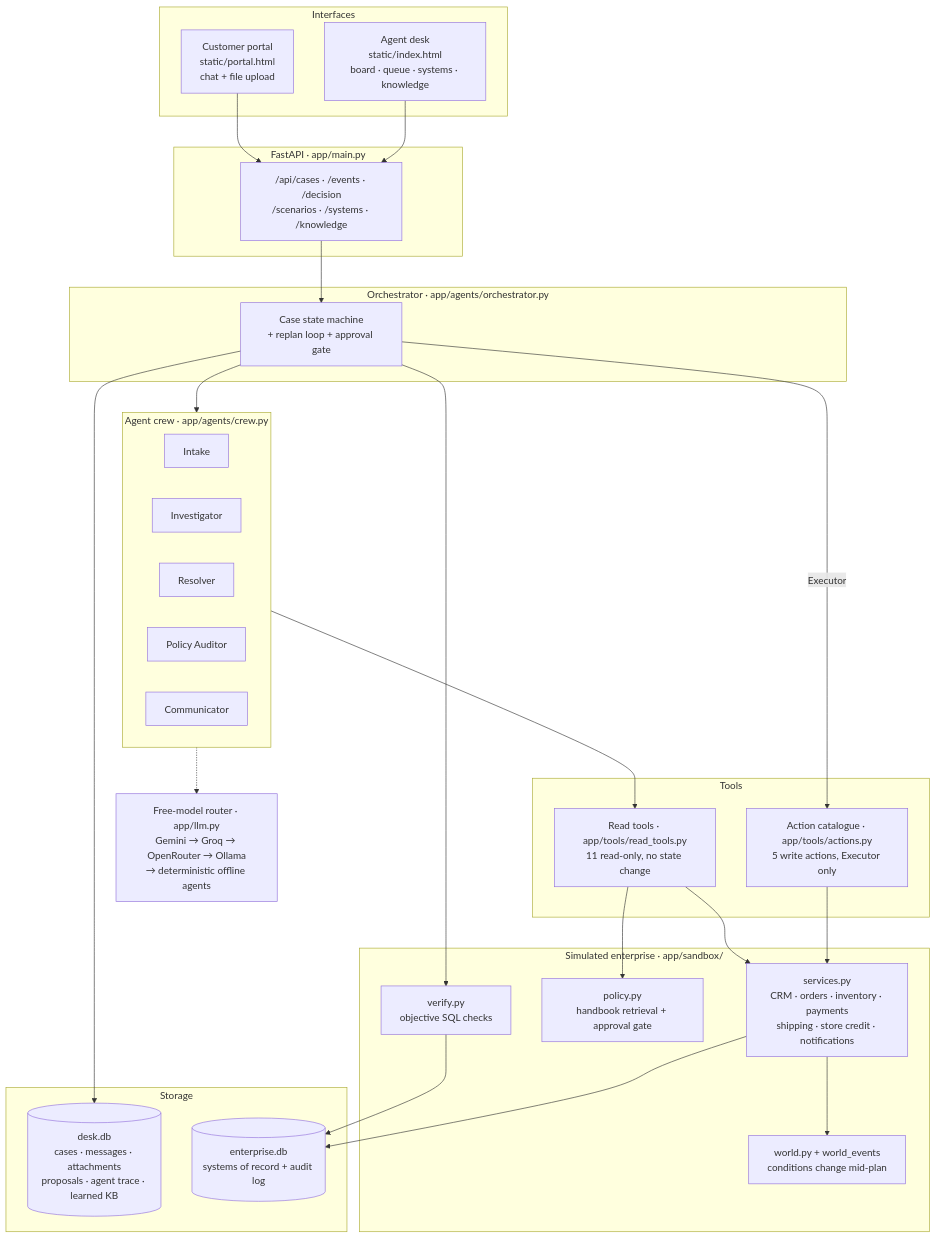
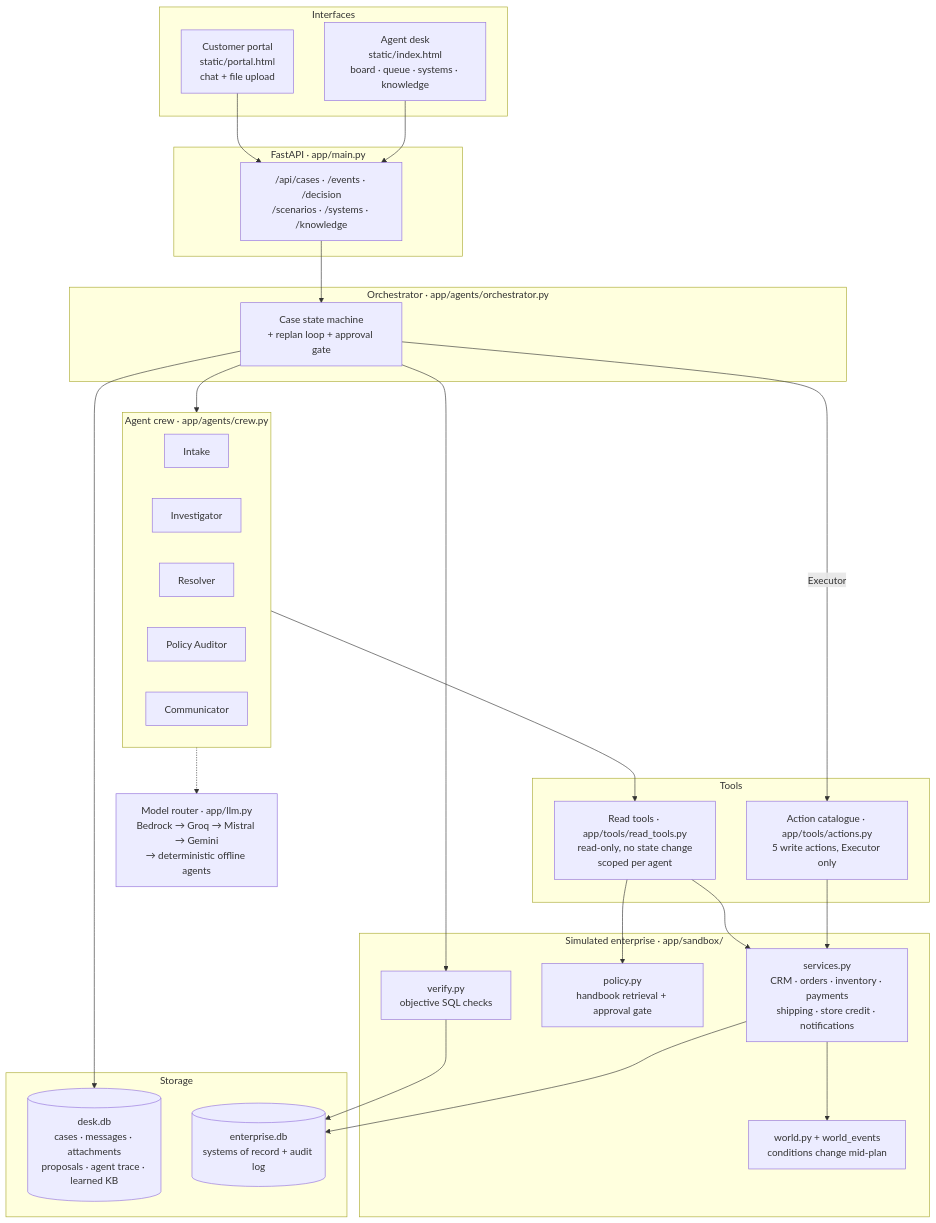
One commit to Parth-sarthidubey/Agentic_Customer_Resolution_CasePilot changed the first of 2 diagrams in docs/ARCHITECTURE.md. Above: the diagram before and after it, drawn with Mermaid. The commit also changed other lines of this file and 1 other file, not shown here.

````diff
--- a/docs/ARCHITECTURE.md
+++ b/docs/ARCHITECTURE.md
@@ -16,58 +16,58 @@
 ```mermaid
 flowchart TB
     subgraph UI["Interfaces"]
         PORTAL["Customer portal<br/>static/portal.html<br/>chat + file upload"]
         DESK["Agent desk<br/>static/index.html<br/>board · queue · systems · knowledge"]
     end
 
     subgraph API["FastAPI · app/main.py"]
         REST["/api/cases · /events · /decision<br/>/scenarios · /systems · /knowledge"]
     end
 
     subgraph ORCH["Orchestrator · app/agents/orchestrator.py"]
         SM["Case state machine<br/>+ replan loop + approval gate"]
     end
 
     subgraph CREW["Agent crew · app/agents/crew.py"]
         A1["Intake"]
         A2["Investigator"]
         A3["Resolver"]
         A4["Policy Auditor"]
         A5["Communicator"]
     end
 
     subgraph TOOLS["Tools"]
-        RT["Read tools · app/tools/read_tools.py<br/>11 read-only, no state change"]
+        RT["Read tools · app/tools/read_tools.py<br/>read-only, no state change<br/>scoped per agent"]
         AC["Action catalogue · app/tools/actions.py<br/>5 write actions, Executor only"]
     end
 
     subgraph SANDBOX["Simulated enterprise · app/sandbox/"]
         SVC["services.py<br/>CRM · orders · inventory · payments<br/>shipping · store credit · notifications"]
         POL["policy.py<br/>handbook retrieval + approval gate"]
         WRLD["world.py + world_events<br/>conditions change mid-plan"]
         VER["verify.py<br/>objective SQL checks"]
     end
 
     subgraph DATA["Storage"]
         DB1[("desk.db<br/>cases · messages · attachments<br/>proposals · agent trace · learned KB")]
         DB2[("enterprise.db<br/>systems of record + audit log")]
     end
 
-    LLM["Free-model router · app/llm.py<br/>Gemini → Groq → OpenRouter → Ollama<br/>→ deterministic offline agents"]
+    LLM["Model router · app/llm.py<br/>Bedrock → Groq → Mistral → Gemini<br/>→ deterministic offline agents"]
 
     PORTAL --> REST
     DESK --> REST
     REST --> SM
     SM --> CREW
     CREW --> RT
     SM -->|Executor| AC
     RT --> SVC
     RT --> POL
     AC --> SVC
     SVC --> WRLD
     SM --> VER
     VER --> DB2
     SVC --> DB2
     SM --> DB1
     CREW -.-> LLM
 ```
````
